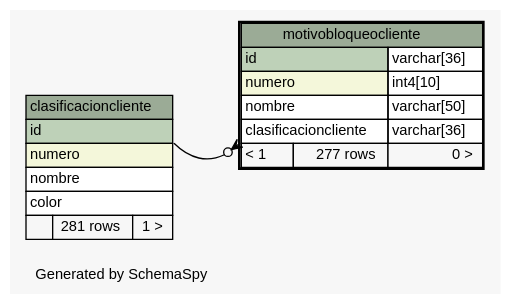
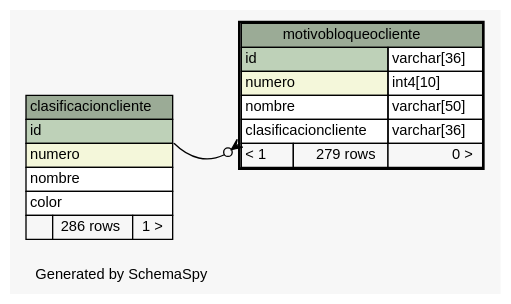
The diagram in postgresql/schemaSpy/salida/diagrams/motivobloqueocliente.1degree.dot (diegopablomansilla/massoftware_front), drawn with Graphviz before and after one commit. The commit also changed 546 other files, not shown here.

```diff
--- a/postgresql/schemaSpy/salida/diagrams/motivobloqueocliente.1degree.dot
+++ b/postgresql/schemaSpy/salida/diagrams/motivobloqueocliente.1degree.dot
@@ -1,49 +1,49 @@
 // dot 2.2.1 on Windows 10 10.0
 // SchemaSpy rev 590
 digraph "oneDegreeRelationshipsDiagram" {
   graph [
     rankdir="RL"
     bgcolor="#f7f7f7"
     label="\nGenerated by SchemaSpy"
     labeljust="l"
     nodesep="0.18"
     ranksep="0.46"
     fontname="Helvetica"
     fontsize="11"
   ];
   node [
     fontname="Helvetica"
     fontsize="11"
     shape="plaintext"
   ];
   edge [
     arrowsize="0.8"
   ];
   "motivobloqueocliente":"clasificacioncliente":sw -> "clasificacioncliente":"id":se [arrowhead=none dir=back arrowtail=crowodot];
   "clasificacioncliente" [
     label=<
     <TABLE BORDER="0" CELLBORDER="1" CELLSPACING="0" BGCOLOR="#ffffff">
       <TR><TD COLSPAN="3" BGCOLOR="#9bab96" ALIGN="CENTER">clasificacioncliente</TD></TR>
       <TR><TD PORT="id" COLSPAN="3" BGCOLOR="#bed1b8" ALIGN="LEFT">id</TD></TR>
       <TR><TD PORT="numero" COLSPAN="3" BGCOLOR="#f4f7da" ALIGN="LEFT">numero</TD></TR>
       <TR><TD PORT="nombre" COLSPAN="3" ALIGN="LEFT">nombre</TD></TR>
       <TR><TD PORT="color" COLSPAN="3" ALIGN="LEFT">color</TD></TR>
-      <TR><TD ALIGN="LEFT" BGCOLOR="#f7f7f7">  </TD><TD ALIGN="RIGHT" BGCOLOR="#f7f7f7">281 rows</TD><TD ALIGN="RIGHT" BGCOLOR="#f7f7f7">1 &gt;</TD></TR>
+      <TR><TD ALIGN="LEFT" BGCOLOR="#f7f7f7">  </TD><TD ALIGN="RIGHT" BGCOLOR="#f7f7f7">286 rows</TD><TD ALIGN="RIGHT" BGCOLOR="#f7f7f7">1 &gt;</TD></TR>
     </TABLE>>
     URL="clasificacioncliente.html"
     tooltip="clasificacioncliente"
   ];
   "motivobloqueocliente" [
     label=<
     <TABLE BORDER="2" CELLBORDER="1" CELLSPACING="0" BGCOLOR="#ffffff">
       <TR><TD COLSPAN="3" BGCOLOR="#9bab96" ALIGN="CENTER">motivobloqueocliente</TD></TR>
       <TR><TD PORT="id" COLSPAN="2" BGCOLOR="#bed1b8" ALIGN="LEFT">id</TD><TD PORT="id.type" ALIGN="LEFT">varchar[36]</TD></TR>
       <TR><TD PORT="numero" COLSPAN="2" BGCOLOR="#f4f7da" ALIGN="LEFT">numero</TD><TD PORT="numero.type" ALIGN="LEFT">int4[10]</TD></TR>
       <TR><TD PORT="nombre" COLSPAN="2" ALIGN="LEFT">nombre</TD><TD PORT="nombre.type" ALIGN="LEFT">varchar[50]</TD></TR>
       <TR><TD PORT="clasificacioncliente" COLSPAN="2" ALIGN="LEFT">clasificacioncliente</TD><TD PORT="clasificacioncliente.type" ALIGN="LEFT">varchar[36]</TD></TR>
-      <TR><TD ALIGN="LEFT" BGCOLOR="#f7f7f7">&lt; 1</TD><TD ALIGN="RIGHT" BGCOLOR="#f7f7f7">277 rows</TD><TD ALIGN="RIGHT" BGCOLOR="#f7f7f7">0 &gt;</TD></TR>
+      <TR><TD ALIGN="LEFT" BGCOLOR="#f7f7f7">&lt; 1</TD><TD ALIGN="RIGHT" BGCOLOR="#f7f7f7">279 rows</TD><TD ALIGN="RIGHT" BGCOLOR="#f7f7f7">0 &gt;</TD></TR>
     </TABLE>>
     URL="motivobloqueocliente.html"
     tooltip="motivobloqueocliente"
   ];
 }
```
